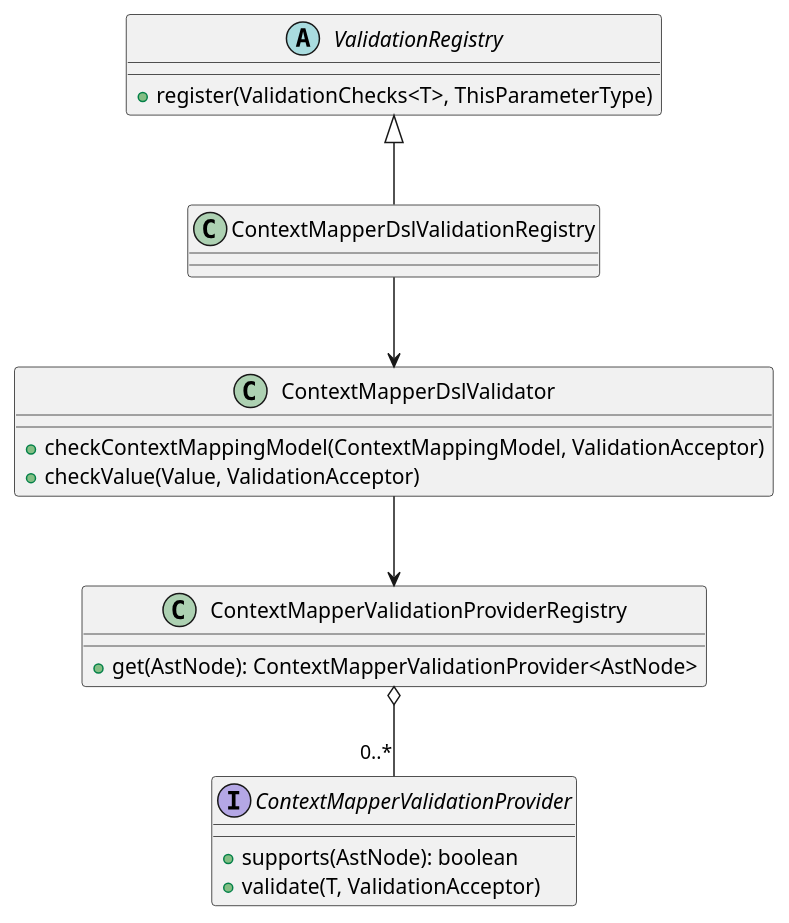
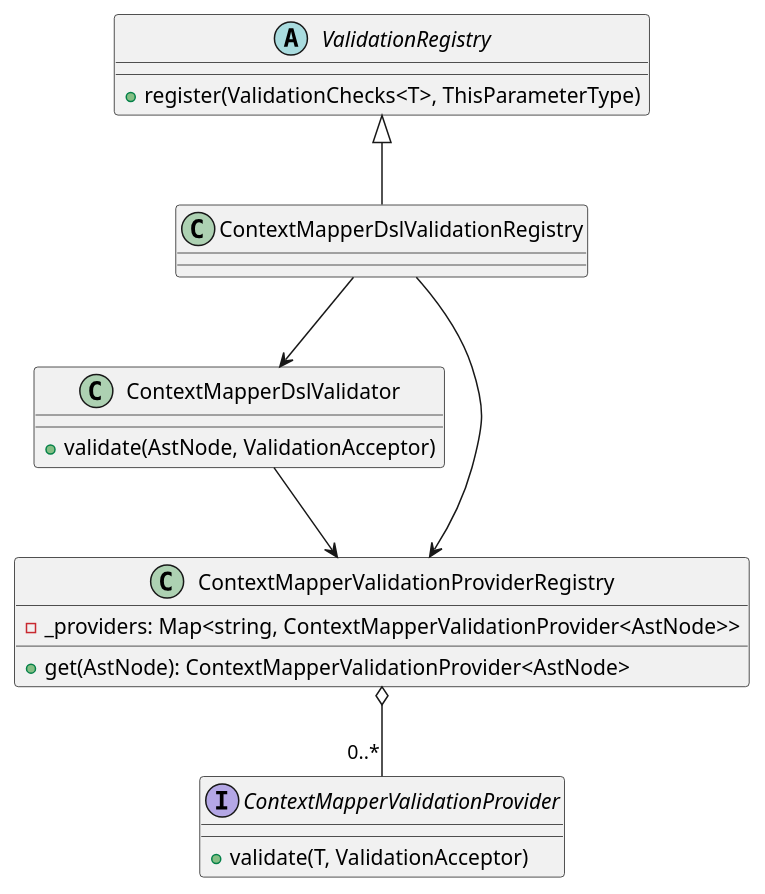
One commit to ContextMapper/context-mapper-language-server changed the diagram in docs/class_semantic_validation.puml. Above: the diagram before and after it, drawn with PlantUML.

Commit message:
update validation diagram

```diff
--- a/docs/class_semantic_validation.puml
+++ b/docs/class_semantic_validation.puml
@@ -1,27 +1,27 @@
 @startuml
 abstract class ValidationRegistry {
 + register(ValidationChecks<T>, ThisParameterType)
 }
 
 class ContextMapperDslValidationRegistry {
 }
 
 class ContextMapperDslValidator {
-+ checkContextMappingModel(ContextMappingModel, ValidationAcceptor)
-+ checkValue(Value, ValidationAcceptor)
++ validate(AstNode, ValidationAcceptor)
 }
 
 class ContextMapperValidationProviderRegistry {
+- _providers: Map<string, ContextMapperValidationProvider<AstNode>>
 + get(AstNode): ContextMapperValidationProvider<AstNode>
 }
 
 interface ContextMapperValidationProvider {
-+ supports(AstNode): boolean
 + validate(T, ValidationAcceptor)
 }
 
 ValidationRegistry <|-- ContextMapperDslValidationRegistry
 ContextMapperDslValidationRegistry --> ContextMapperDslValidator
+ContextMapperDslValidationRegistry --> ContextMapperValidationProviderRegistry
 ContextMapperDslValidator --> ContextMapperValidationProviderRegistry
 ContextMapperValidationProviderRegistry o-- "0..*" ContextMapperValidationProvider
 @enduml
```
